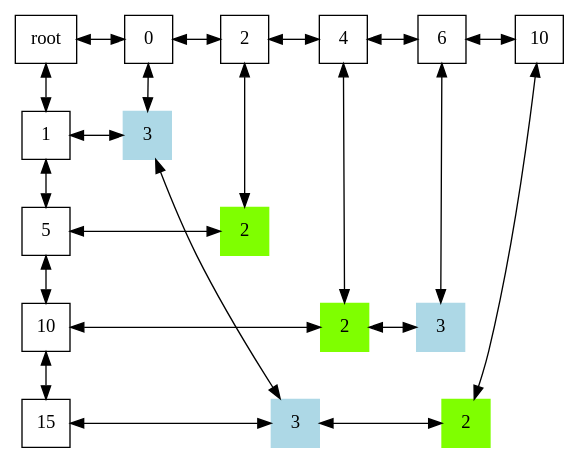
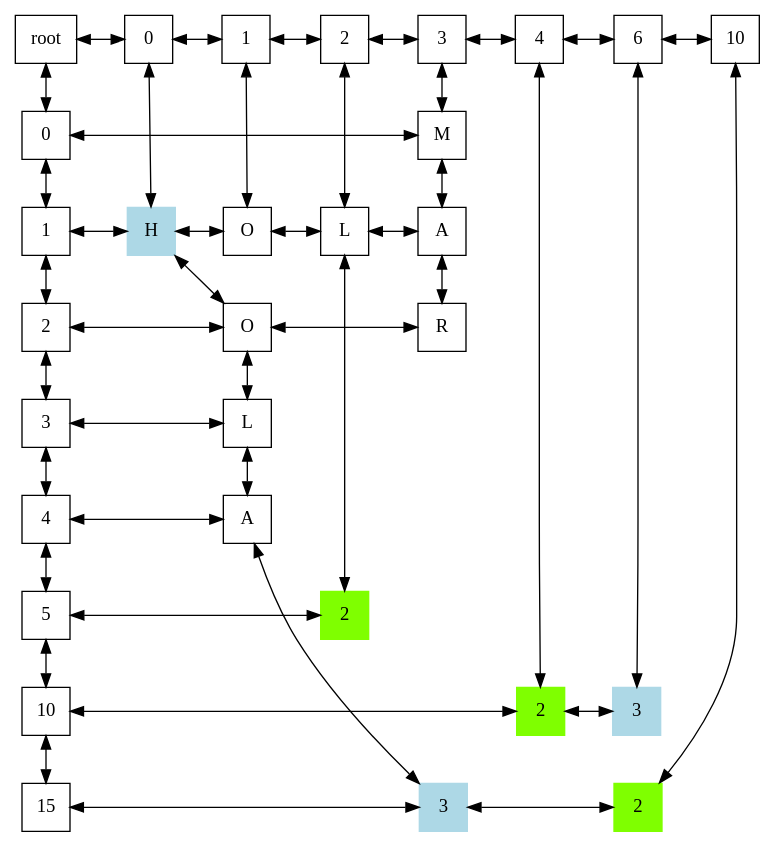
Before and after one commit to AhiezerRamirez/EDD_1S2020_PY1_201709062: the diagram in matriz.dot, drawn with Graphviz. The commit also changed 15 other files, not shown here.

```diff
--- a/matriz.dot
+++ b/matriz.dot
@@ -1,52 +1,92 @@
 digraph { 
  rankdir = TB; 
  node [shape=rectangle, height=0.5, width=0.5]; 
  graph[ nodesep = 0.5];
 CH0[label="0"];
+CH1[label="1"];
 CH2[label="2"];
+CH3[label="3"];
 CH4[label="4"];
 CH6[label="6"];
 CH10[label="10"];
 
+CV0 [label="0"];
 CV1 [label="1"];
+CV2 [label="2"];
+CV3 [label="3"];
+CV4 [label="4"];
 CV5 [label="5"];
 CV10 [label="10"];
 CV15 [label="15"];
 
-nodo001[label="3" style=filled color=lightblue];
+nodo001[label="H" style=filled color=lightblue];
+nodo002[label="O"];
+nodo003[label="L"];
+nodo004[label="A"];
 nodo0015[label="3" style=filled color=lightblue];
+nodo101[label="O"];
+nodo201[label="L"];
 nodo205[label="2" style=filled color=chartreuse];
+nodo300[label="M"];
+nodo301[label="A"];
+nodo302[label="R"];
 nodo4010[label="2" style=filled color=chartreuse];
 nodo6010[label="3" style=filled color=lightblue];
 nodo10015[label="2" style=filled color=chartreuse];
 
 root -> CH0[ dir=both];
-CH0 -> CH2[ dir=both];
-CH2 -> CH4[ dir=both];
+CH0 -> CH1[ dir=both];
+CH1 -> CH2[ dir=both];
+CH2 -> CH3[ dir=both];
+CH3 -> CH4[ dir=both];
 CH4 -> CH6[ dir=both];
 CH6 -> CH10[ dir=both];
-root -> CV1[ dir=both];
-CV1 -> CV5 [ dir=both];
+root -> CV0[ dir=both];
+CV0 -> CV1 [ dir=both];
+CV1 -> CV2 [ dir=both];
+CV2 -> CV3 [ dir=both];
+CV3 -> CV4 [ dir=both];
+CV4 -> CV5 [ dir=both];
 CV5 -> CV10 [ dir=both];
 CV10 -> CV15 [ dir=both];
 
 CH0 -> nodo001 [ dir=both];
-nodo001 -> nodo0015 [ dir=both];
-CH2 -> nodo205 [ dir=both];
+nodo001 -> nodo002 [ dir=both];
+nodo002 -> nodo003 [ dir=both];
+nodo003 -> nodo004 [ dir=both];
+nodo004 -> nodo0015 [ dir=both];
+CH1 -> nodo101 [ dir=both];
+CH2 -> nodo201 [ dir=both];
+nodo201 -> nodo205 [ dir=both];
+CH3 -> nodo300 [ dir=both];
+nodo300 -> nodo301 [ dir=both];
+nodo301 -> nodo302 [ dir=both];
 CH4 -> nodo4010 [ dir=both];
 CH6 -> nodo6010 [ dir=both];
 CH10 -> nodo10015 [ dir=both];
 
+CV0 -> nodo300 [constraint=false, dir=both];
 CV1 -> nodo001 [constraint=false, dir=both];
+nodo001 -> nodo101 [ dir=both];
+nodo101 -> nodo201 [ dir=both];
+nodo201 -> nodo301 [ dir=both];
+CV2 -> nodo002 [constraint=false, dir=both];
+nodo002 -> nodo302 [ dir=both];
+CV3 -> nodo003 [constraint=false, dir=both];
+CV4 -> nodo004 [constraint=false, dir=both];
 CV5 -> nodo205 [constraint=false, dir=both];
 CV10 -> nodo4010 [constraint=false, dir=both];
 nodo4010 -> nodo6010 [ dir=both];
 CV15 -> nodo0015 [constraint=false, dir=both];
 nodo0015 -> nodo10015 [ dir=both];
 
-{ rank=same;root;CH0 ;CH2 ;CH4 ;CH6 ;CH10 ;}
-{rank= same;CV1;nodo001;}
+{ rank=same;root;CH0 ;CH1 ;CH2 ;CH3 ;CH4 ;CH6 ;CH10 ;}
+{rank= same;CV0;nodo300;}
+{rank= same;CV1;nodo001;nodo101;nodo201;nodo301;}
+{rank= same;CV2;nodo002;nodo302;}
+{rank= same;CV3;nodo003;}
+{rank= same;CV4;nodo004;}
 {rank= same;CV5;nodo205;}
 {rank= same;CV10;nodo4010;nodo6010;}
 {rank= same;CV15;nodo0015;nodo10015;}
 }
```
